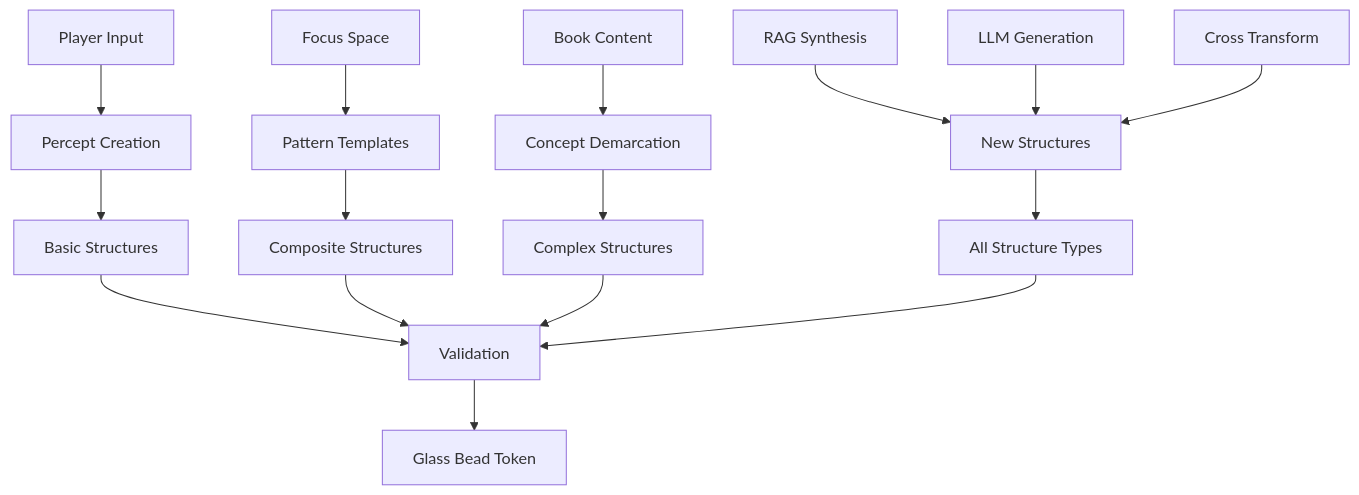
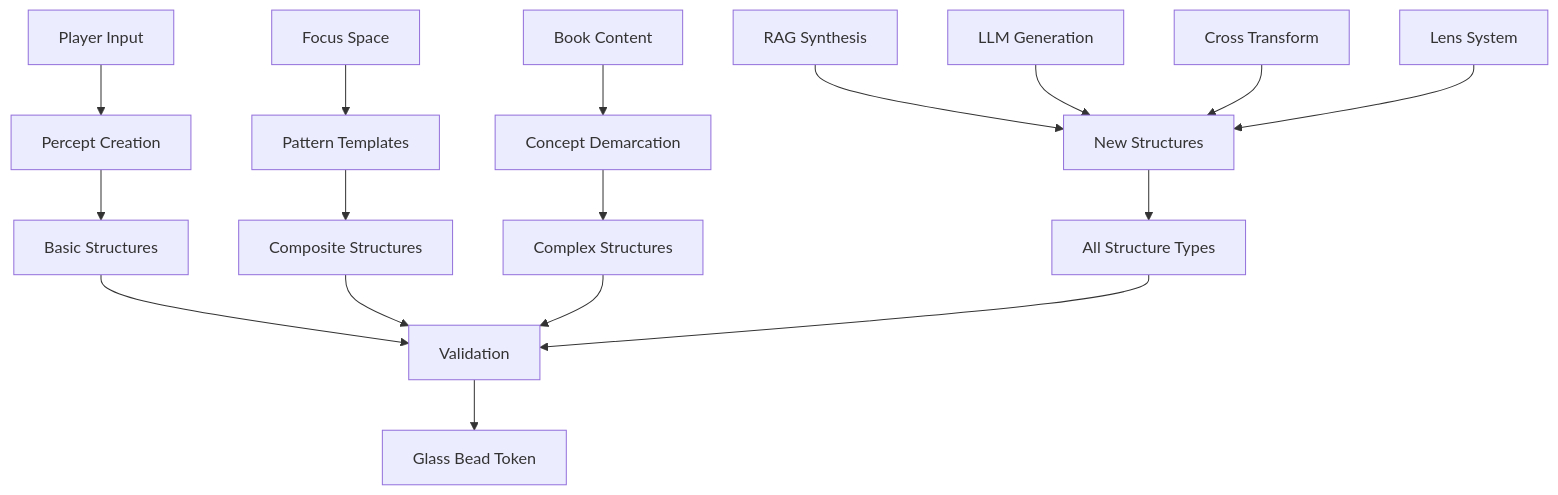
Before and after one commit to heavyblotto/memorativa: the third of 3 diagrams in docs/2. the cybernetic system/memorativa-2-19-shared-structures.md, drawn with Mermaid. The commit also changed other lines of this file and 5 other files, not shown here.

````diff
--- a/docs/2. the cybernetic system/memorativa-2-19-shared-structures.md
+++ b/docs/2. the cybernetic system/memorativa-2-19-shared-structures.md
@@ -120,21 +229,22 @@
 ```mermaid
 graph TD
     PI[Player Input] --> PC[Percept Creation]
     FS[Focus Space] --> PT[Pattern Templates]
     BC[Book Content] --> CD[Concept Demarcation]
     RS[RAG Synthesis] --> NS[New Structures]
     LG[LLM Generation] --> NS
     CT[Cross Transform] --> NS
+    LS[Lens System] --> NS
     
     PC --> BS[Basic Structures]
     PT --> CS[Composite Structures]
     CD --> CX[Complex Structures]
     NS --> ALL[All Structure Types]
     
     BS --> V[Validation]
     CS --> V
     CX --> V
     ALL --> V
     
     V --> GB[Glass Bead Token]
 ```
````
